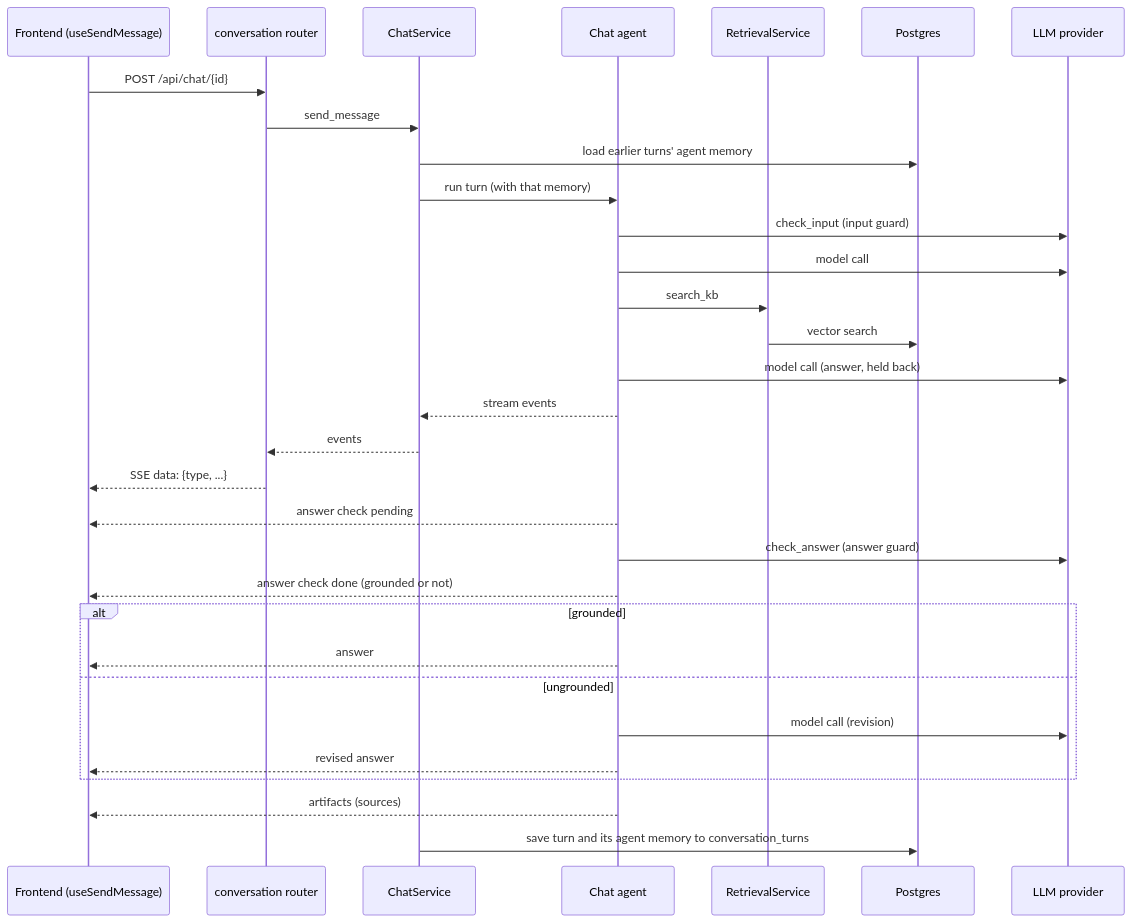
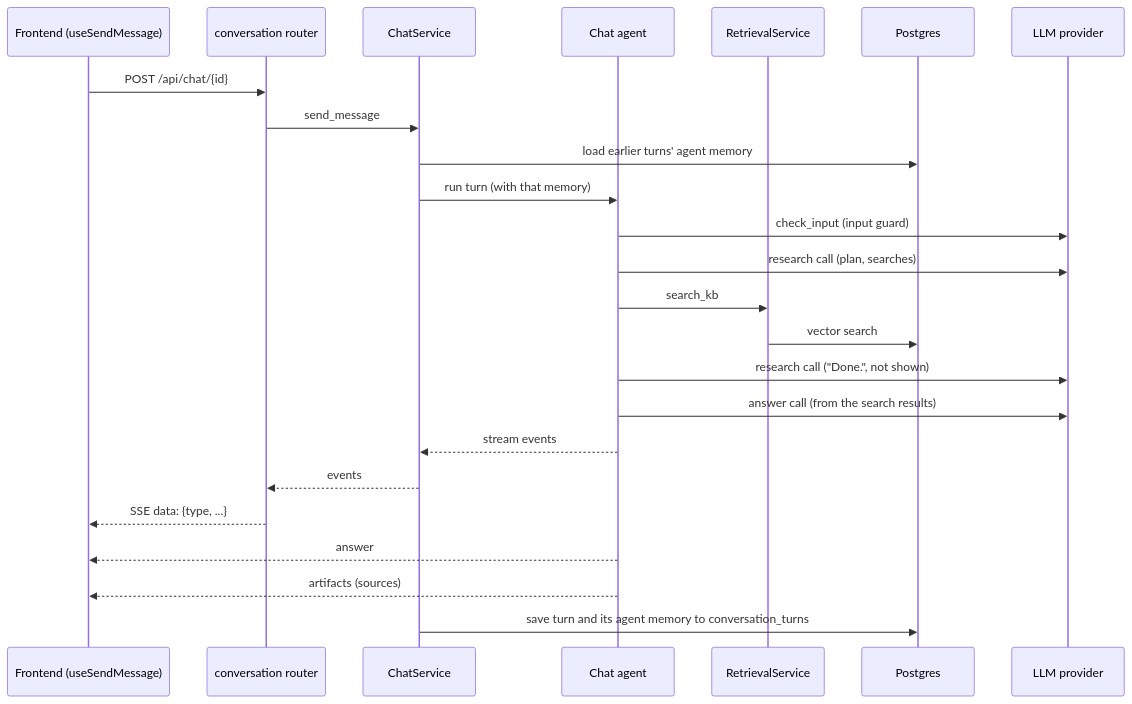
One commit to hadifar/rag changed the diagram in docs/diagrams/chat-turn.md. Above: the diagram before and after it, drawn with Mermaid. The commit also changed 16 other files, not shown here.

Commit message:
refactor(backend): split the agent into research and answer nodes

````diff
--- a/docs/diagrams/chat-turn.md
+++ b/docs/diagrams/chat-turn.md
@@ -3,34 +3,27 @@
 ```mermaid
 sequenceDiagram
     participant UI as Frontend (useSendMessage)
     participant R as conversation router
     participant CS as ChatService
     participant A as Chat agent
     participant KB as RetrievalService
     participant DB as Postgres
     participant LLM as LLM provider
 
     UI->>R: POST /api/chat/{id}
     R->>CS: send_message
     CS->>DB: load earlier turns' agent memory
     CS->>A: run turn (with that memory)
     A->>LLM: check_input (input guard)
-    A->>LLM: model call
+    A->>LLM: research call (plan, searches)
     A->>KB: search_kb
     KB->>DB: vector search
-    A->>LLM: model call (answer, held back)
+    A->>LLM: research call ("Done.", not shown)
+    A->>LLM: answer call (from the search results)
     A-->>CS: stream events
     CS-->>R: events
     R-->>UI: SSE data: {type, ...}
-    A-->>UI: answer check pending
-    A->>LLM: check_answer (answer guard)
-    A-->>UI: answer check done (grounded or not)
-    alt grounded
-        A-->>UI: answer
-    else ungrounded
-        A->>LLM: model call (revision)
-        A-->>UI: revised answer
-    end
+    A-->>UI: answer
     A-->>UI: artifacts (sources)
     CS->>DB: save turn and its agent memory to conversation_turns
 ```
````
